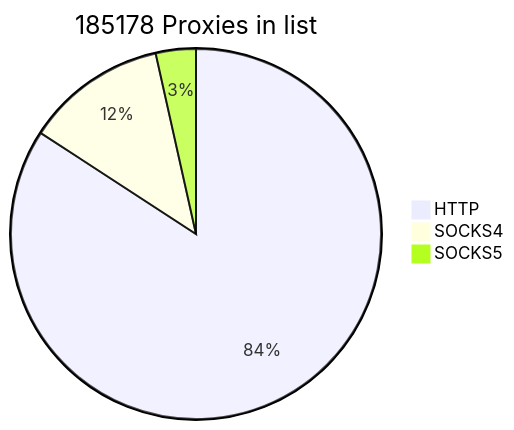
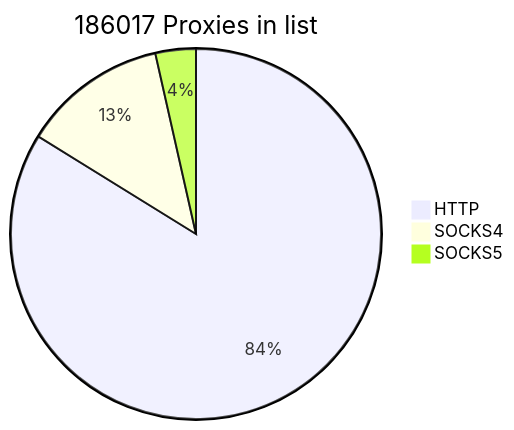
Before and after one commit to cutipu/proxylist: the first of 2 diagrams in README.md, drawn with Mermaid. The commit also changed other lines of this file, not shown here.

````diff
--- a/README.md
+++ b/README.md
@@ -2,7 +2,7 @@
 ```mermaid
-pie title 185178 Proxies in list
-    "HTTP" : 155883
-    "SOCKS4" : 22817
-    "SOCKS5" : 6478
+pie title 186017 Proxies in list
+    "HTTP" : 155907
+    "SOCKS4" : 23545
+    "SOCKS5" : 6565
             
 ```
````
